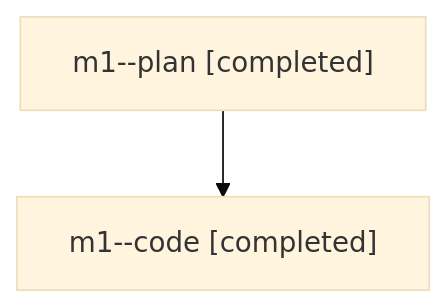
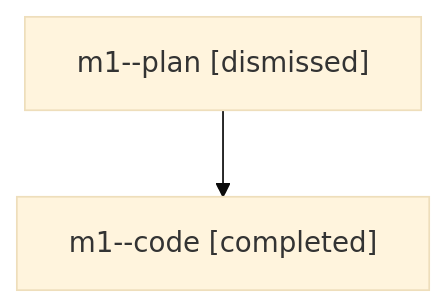
The diagram in families/bbugyi200.athena.m1.md (sase-org/sase--agents), drawn with Mermaid (base theme) before and after one commit. The commit also changed other lines of this file and 8679 other files, not shown here.

````diff
--- a/families/bbugyi200.athena.m1.md
+++ b/families/bbugyi200.athena.m1.md
@@ -9,6 +9,6 @@
 ```mermaid
 flowchart TD
-  n0["m1--plan [completed]"]
+  n0["m1--plan [dismissed]"]
   n1["m1--code [completed]"]
   n0 --> n1
 ```
````
